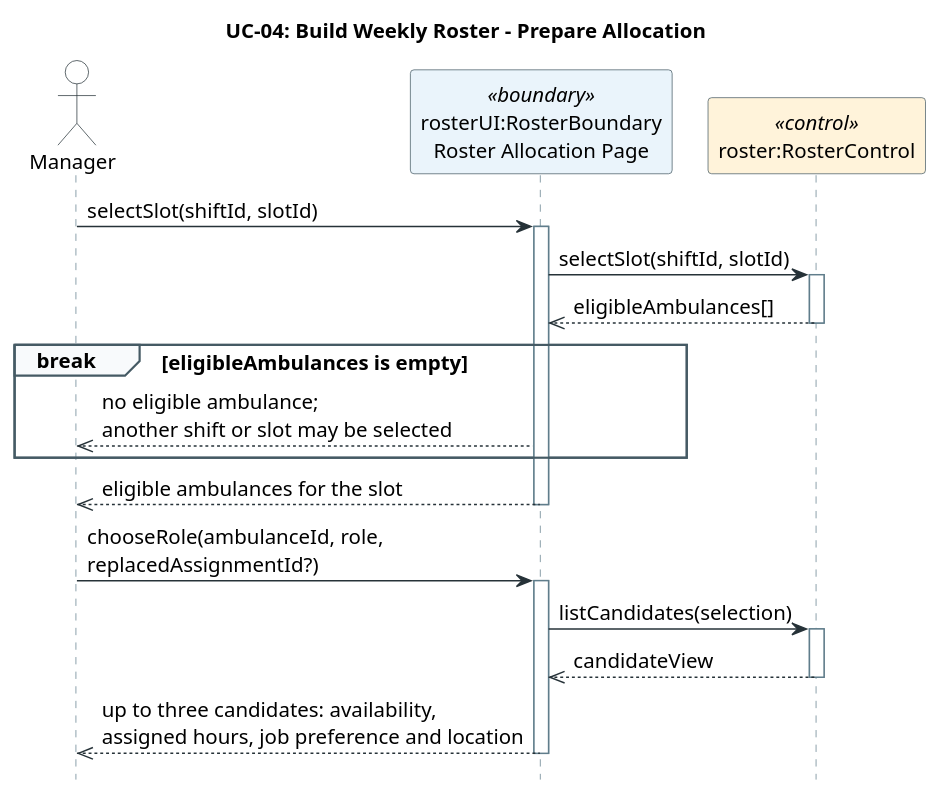
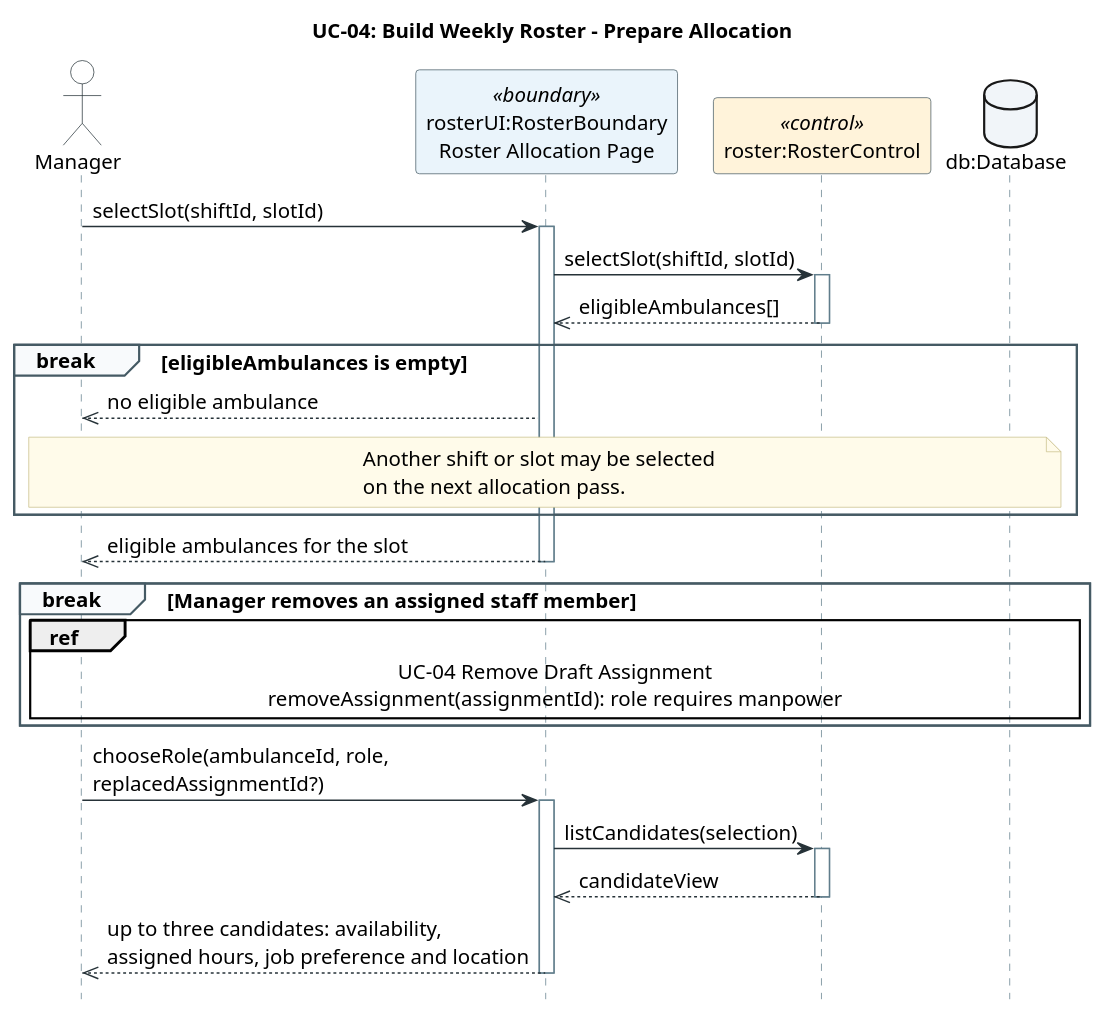
The diagram in sequence-diagrams/2026-10-07_23-40-00/uc-04-prepare-allocation.puml (Patriarch-Wong/IntroSE), drawn with PlantUML before and after one commit. The commit also changed 6 other files, not shown here.

```diff
--- a/sequence-diagrams/2026-10-07_23-40-00/uc-04-prepare-allocation.puml
+++ b/sequence-diagrams/2026-10-07_23-40-00/uc-04-prepare-allocation.puml
@@ -1,74 +1,87 @@
 @startuml
 hide footbox
 skinparam backgroundColor #FFFFFF
 skinparam defaultFontName Arial
 skinparam defaultFontSize 14
 skinparam shadowing false
 skinparam maxMessageSize 350
 skinparam sequenceMessageAlign left
 skinparam BoxPadding 8
 skinparam ArrowColor #263238
 skinparam NoteBackgroundColor #FFFBEA
 skinparam NoteBorderColor #C8BE8A
 skinparam sequence {
   LifeLineBorderColor #607D8B
   ParticipantBorderColor #455A64
   ParticipantBackgroundColor #F8FAFC
   ActorBorderColor #263238
   ActorBackgroundColor #FFFFFF
   GroupBorderColor #455A64
   GroupBackgroundColor #F8FAFC
   ActivationBorderColor #455A64
   ActivationBackgroundColor #FFFFFF
 }
 title UC-04: Build Weekly Roster - Prepare Allocation
 
-' Referenced from uc-04-build-weekly-roster.puml for main 3-6, 4a and 5a1/5a3.
-' Result: up to three candidates shown, or no eligible ambulance (4a).
+' Referenced from uc-04-build-weekly-roster.puml for main 3-6, 4a and 5a.
+' Result: candidates shown, no eligible ambulance (4a) or assignment removed (5a2).
 ' Supporting reads are SQL comments; SQL is illustrative PostgreSQL.
 
 actor Manager as manager
 participant "rosterUI:RosterBoundary\nRoster Allocation Page" as rosterUI <<boundary>> #EAF4FB
 participant "roster:RosterControl" as roster <<control>> #FFF3DA
+database "db:Database" as db #F1F5F9
 
 manager -> rosterUI: selectSlot(shiftId, slotId)
 activate rosterUI
 rosterUI -> roster: selectSlot(shiftId, slotId)
 activate roster
 /'
 -- Find active, available ambulances not used by another slot in this shift
 SELECT a.ambulanceNumber FROM Ambulance a
 JOIN AmbulanceAvailability u ON u.ambulanceNumber = a.ambulanceNumber
 WHERE a.activeStatus = 'active' AND u.shiftID = :shiftId AND u.available
 AND NOT EXISTS (SELECT 1 FROM RosterSlot r
   WHERE r.ambulanceNumber = a.ambulanceNumber
     AND r.shiftID = :shiftId AND r.slotID <> :slotId);
 '/
 roster -->> rosterUI: eligibleAmbulances[]
 deactivate roster
 
 break eligibleAmbulances is empty
   ' Alternative 4a: the Manager may select another shift or slot next.
-  rosterUI -->> manager: no eligible ambulance;\nanother shift or slot may be selected
+  rosterUI -->> manager: no eligible ambulance
+  note over manager, db
+    Another shift or slot may be selected
+    on the next allocation pass.
+  end note
 end
 
 rosterUI -->> manager: eligible ambulances for the slot
 deactivate rosterUI
+
+break Manager removes an assigned staff member
+  ' Alternative 5a1-5a2; replacing instead continues below (5a3).
+  ref over manager, rosterUI, roster, db
+    UC-04 Remove Draft Assignment
+    removeAssignment(assignmentId): role requires manpower
+  end ref
+end
 
 ' Main 5-6; replacedAssignmentId is given when replacing (5a1/5a3).
 manager -> rosterUI: chooseRole(ambulanceId, role,\nreplacedAssignmentId?)
 activate rosterUI
 rosterUI -> roster: listCandidates(selection)
 activate roster
 /'
 -- Retrieve up to three suitable candidates with their assigned hours
 SELECT staffID, availability, assignedHours, jobPreference, datedLocation
 FROM CandidateOption
 WHERE rosterWeek = :week AND shiftID = :shiftId AND role = :role
 FETCH FIRST 3 ROWS ONLY;
 '/
 roster -->> rosterUI: candidateView
 deactivate roster
 rosterUI -->> manager: up to three candidates: availability,\nassigned hours, job preference and location
 deactivate rosterUI
 @enduml
```
